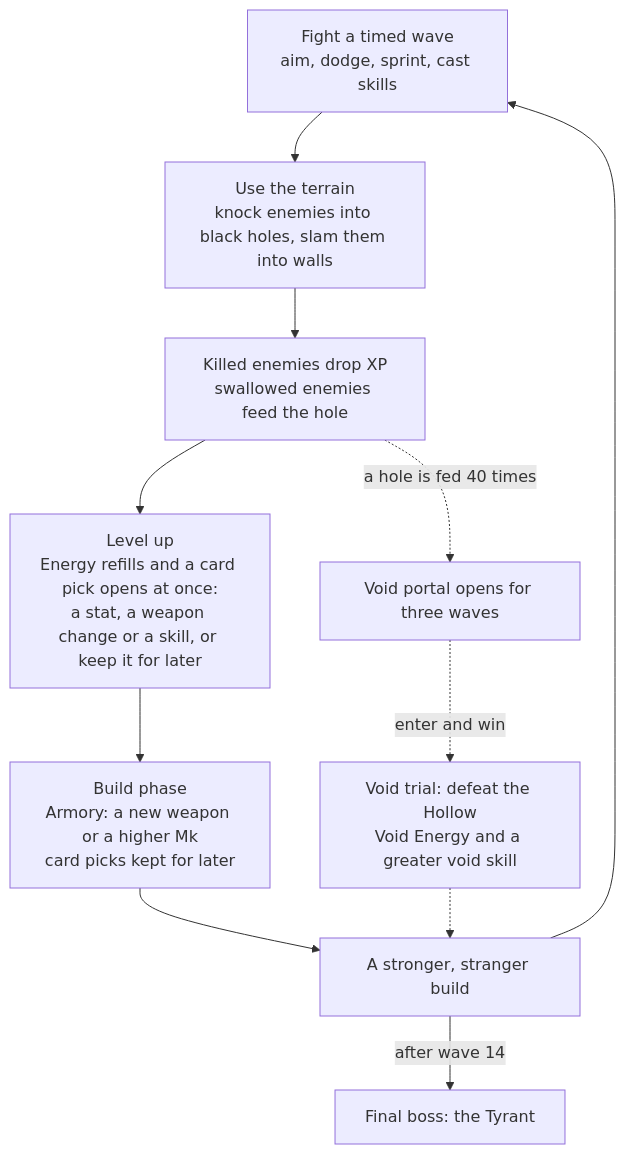
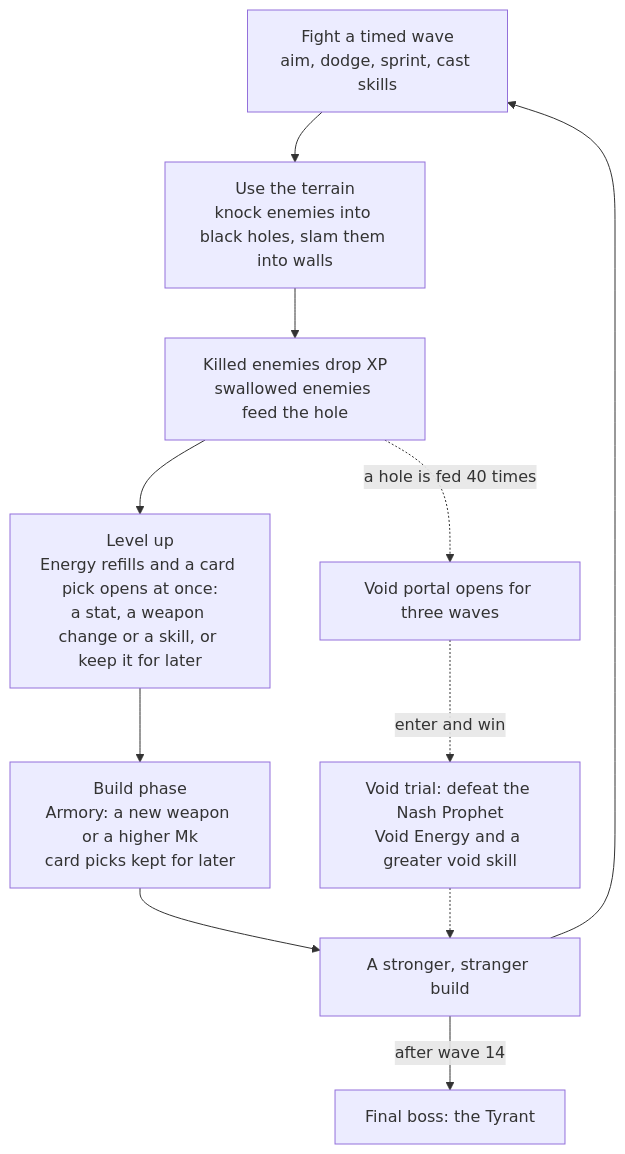
One commit to CS526-Team-Code69/warp-arena-game changed the diagram in Docs/GDD.md. Above: the diagram before and after it, drawn with Mermaid. The commit also changed other lines of this file and 53 other files, not shown here.

````diff
--- a/Docs/GDD.md
+++ b/Docs/GDD.md
@@ -35,13 +35,13 @@
 ```mermaid
 flowchart TD
     Fight["Fight a timed wave<br/>aim, dodge, sprint, cast skills"] --> Terrain["Use the terrain<br/>knock enemies into black holes, slam them into walls"]
     Terrain --> Rewards["Killed enemies drop XP<br/>swallowed enemies feed the hole"]
     Rewards --> Level["Level up<br/>Energy refills and a card pick opens at once:<br/>a stat, a weapon change or a skill, or keep it for later"]
     Level --> Build["Build phase<br/>Armory: a new weapon or a higher Mk<br/>card picks kept for later"]
     Build --> Stronger["A stronger, stranger build"]
     Stronger --> Fight
     Rewards -. "a hole is fed 40 times" .-> Portal["Void portal opens for three waves"]
-    Portal -. "enter and win" .-> Trial["Void trial: defeat the Hollow<br/>Void Energy and a greater void skill"]
+    Portal -. "enter and win" .-> Trial["Void trial: defeat the Nash Prophet<br/>Void Energy and a greater void skill"]
     Trial -.-> Stronger
     Stronger -- "after wave 14" --> Boss["Final boss: the Tyrant"]
 ```
````
